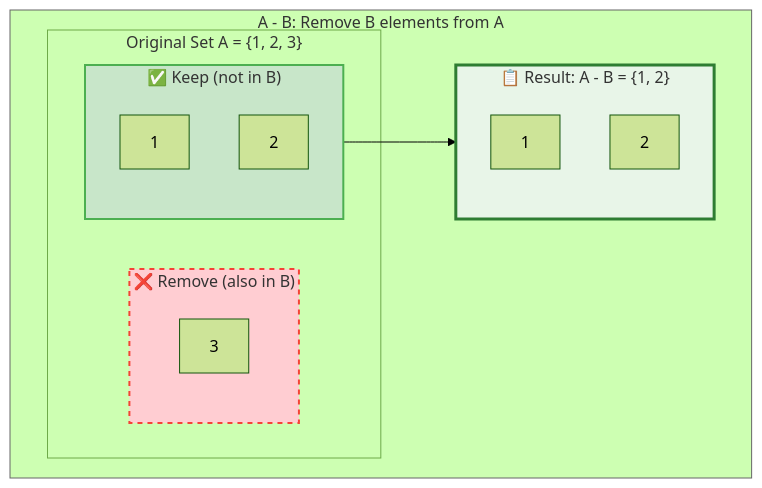
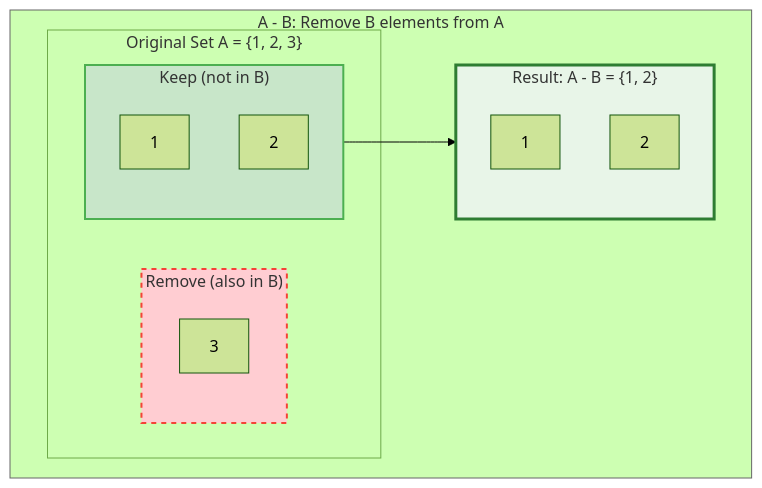
The fourth of 6 diagrams in Year_1/Semester_2/DISCREET_MATHEMATICS/Lectures/2_Operations & Venn Diagrams.md (PanagopoulosNikolaos/DitOpenNotes), drawn with Mermaid (forest theme) before and after one commit. The commit also changed other lines of this file and 24 other files, not shown here.

````diff
--- a/Year_1/Semester_2/DISCREET_MATHEMATICS/Lectures/2_Operations & Venn Diagrams.md
+++ b/Year_1/Semester_2/DISCREET_MATHEMATICS/Lectures/2_Operations & Venn Diagrams.md
@@ -101,27 +101,27 @@
 ```mermaid
 graph TD
     subgraph Operation ["A - B: Remove B elements from A"]
         subgraph Original ["Original Set A = {1, 2, 3}"]
-            subgraph Keep ["✅ Keep (not in B)"]
+            subgraph Keep [" Keep (not in B)"]
                 style Keep fill:#c8e6c9,stroke:#4caf50,stroke-width:2px
                 k1[1]
                 k2[2]
             end
             
-            subgraph Remove ["❌ Remove (also in B)"]
+            subgraph Remove [" Remove (also in B)"]
                 style Remove fill:#ffcdd2,stroke:#f44336,stroke-width:2px,stroke-dasharray: 5 5
                 r3[3]
             end
         end
         
-        subgraph Result ["📋 Result: A - B = {1, 2}"]
+        subgraph Result [" Result: A - B = {1, 2}"]
             style Result fill:#e8f5e8,stroke:#2e7d32,stroke-width:3px
             res1[1]
             res2[2]
         end
     end
     
     Keep --> Result
     style Operation fill:#f,stroke:#666
 
 ```
````
